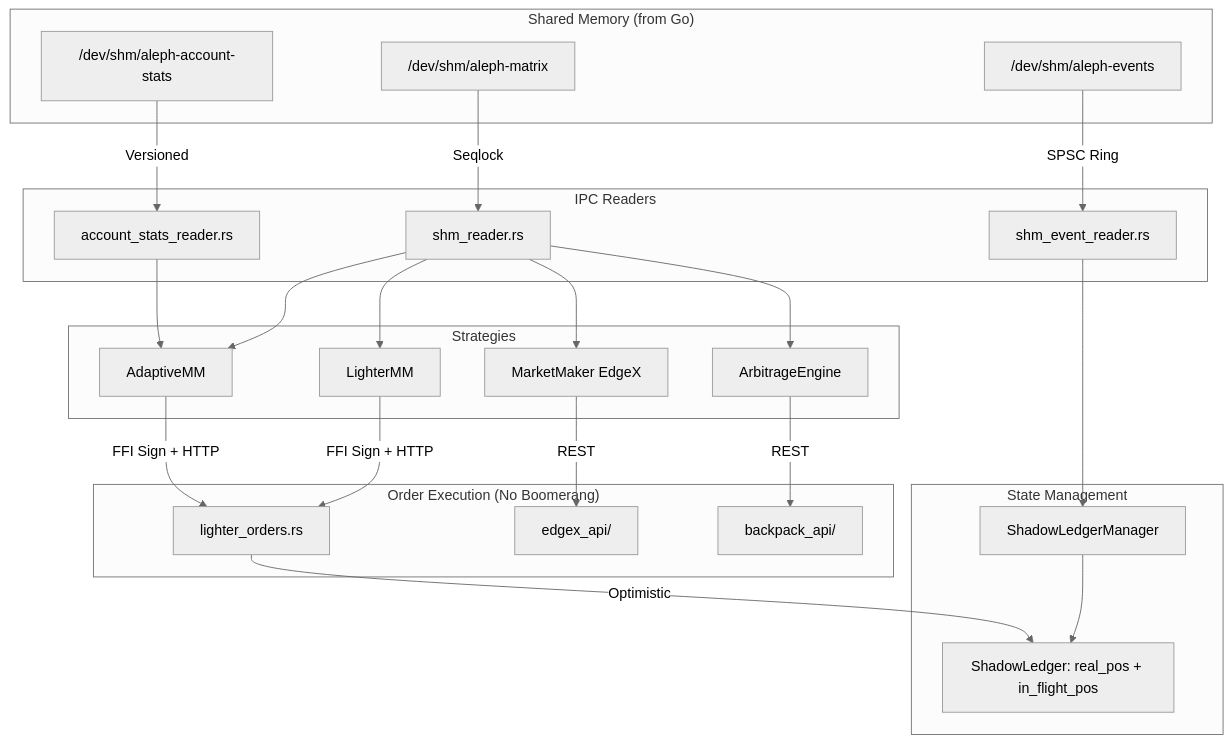
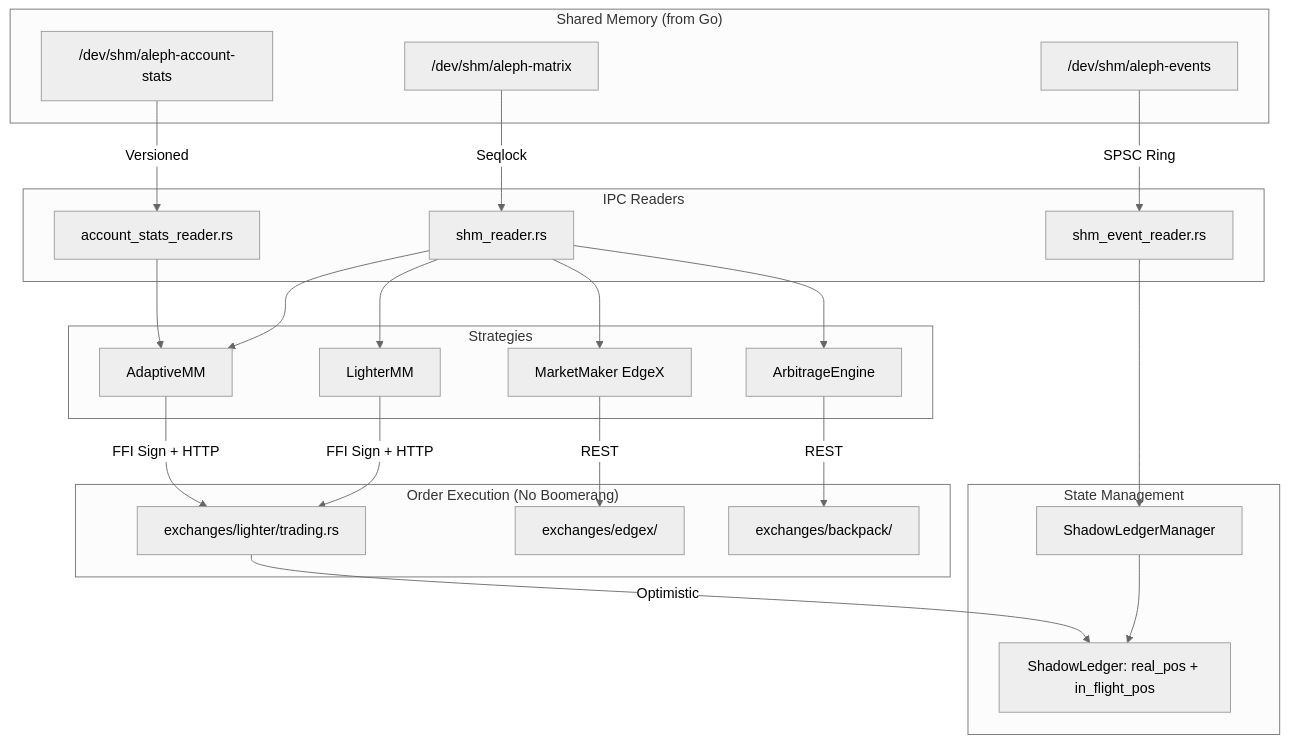
The diagram in src/CLAUDE.md (AlephTX/aleph-tx), drawn with Mermaid (neutral theme) before and after one commit. The commit also changed other lines of this file and 27 other files, not shown here.

````diff
--- a/src/CLAUDE.md
+++ b/src/CLAUDE.md
@@ -37,34 +36,34 @@
 ```mermaid
 graph TD
     subgraph "Shared Memory (from Go)"
         MTX["/dev/shm/aleph-matrix"]
         EVT["/dev/shm/aleph-events"]
         ACC["/dev/shm/aleph-account-stats"]
     end
 
     subgraph "IPC Readers"
         MTX -->|Seqlock| SR[shm_reader.rs]
         EVT -->|SPSC Ring| ER[shm_event_reader.rs]
         ACC -->|Versioned| AR[account_stats_reader.rs]
     end
 
     subgraph "State Management"
         ER --> SLM[ShadowLedgerManager]
         SLM --> SL[ShadowLedger: real_pos + in_flight_pos]
     end
 
     subgraph "Strategies"
         SR --> ARB[ArbitrageEngine]
         SR --> MM[MarketMaker EdgeX]
         SR --> LMM[LighterMM]
         SR --> AMM[AdaptiveMM]
         AR --> AMM
     end
 
     subgraph "Order Execution (No Boomerang)"
-        LMM & AMM -->|FFI Sign + HTTP| LO[lighter_orders.rs]
-        MM -->|REST| EX[edgex_api/]
-        ARB -->|REST| BP[backpack_api/]
-        LO -->|Optimistic| SL
+        LMM & AMM -->|FFI Sign + HTTP| LT[exchanges/lighter/trading.rs]
+        MM -->|REST| EX[exchanges/edgex/]
+        ARB -->|REST| BP[exchanges/backpack/]
+        LT -->|Optimistic| SL
     end
 ```
````
